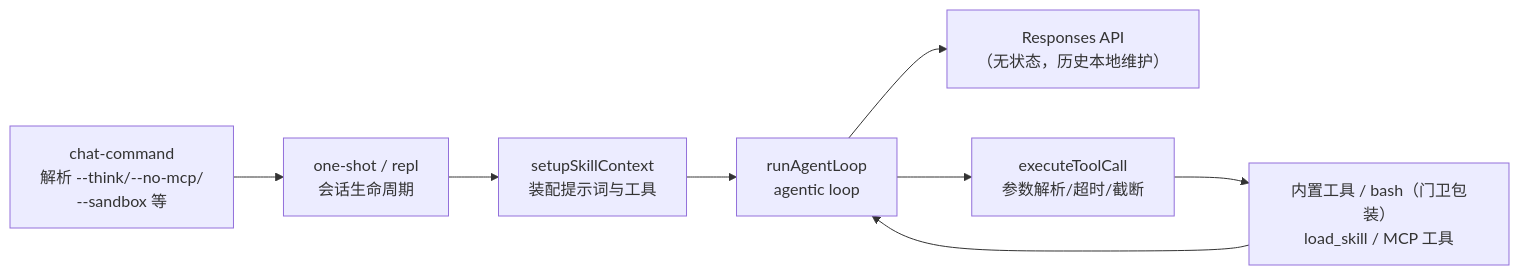
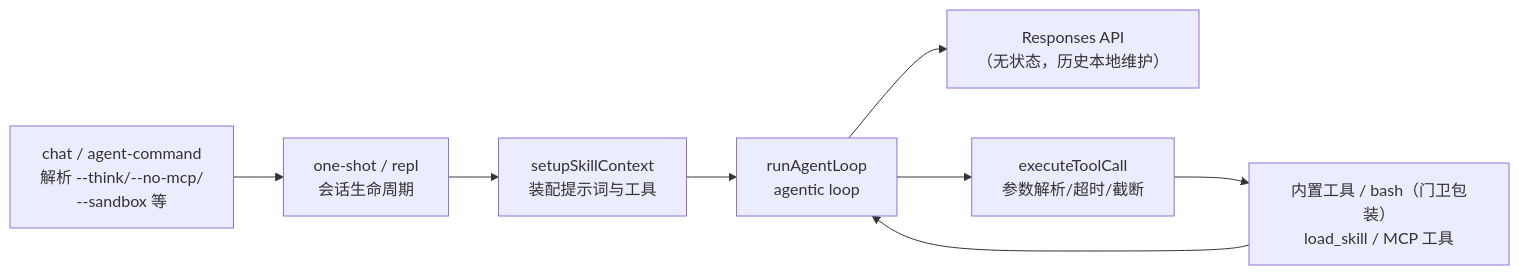
The second of 3 diagrams in ARCHITECTURE.md (tanyueran/tx-cli), drawn with Mermaid before and after one commit. The commit also changed other lines of this file and 22 other files, not shown here.

````diff
--- a/ARCHITECTURE.md
+++ b/ARCHITECTURE.md
@@ -80,10 +80,10 @@
 ```mermaid
 flowchart LR
-    A["chat-command<br/>解析 --think/--no-mcp/<br/>--sandbox 等"] --> B["one-shot / repl<br/>会话生命周期"]
+    A["chat / agent-command<br/>解析 --think/--no-mcp/<br/>--sandbox 等"] --> B["one-shot / repl<br/>会话生命周期"]
     B --> C["setupSkillContext<br/>装配提示词与工具"]
     C --> D["runAgentLoop<br/>agentic loop"]
     D --> E["Responses API<br/>（无状态，历史本地维护）"]
     D --> F["executeToolCall<br/>参数解析/超时/截断"]
     F --> G["内置工具 / bash（门卫包装）<br/>load_skill / MCP 工具"]
     G --> D
 ```
````
